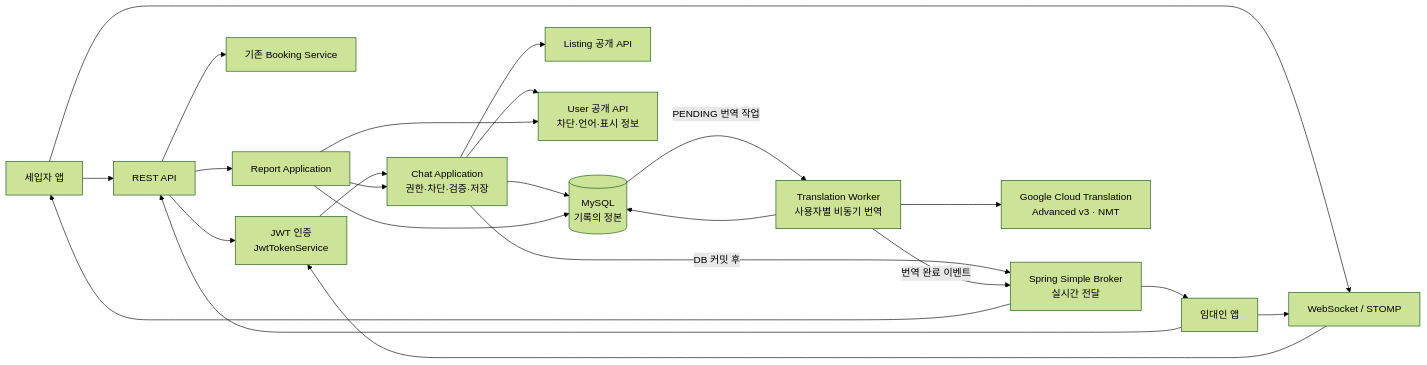
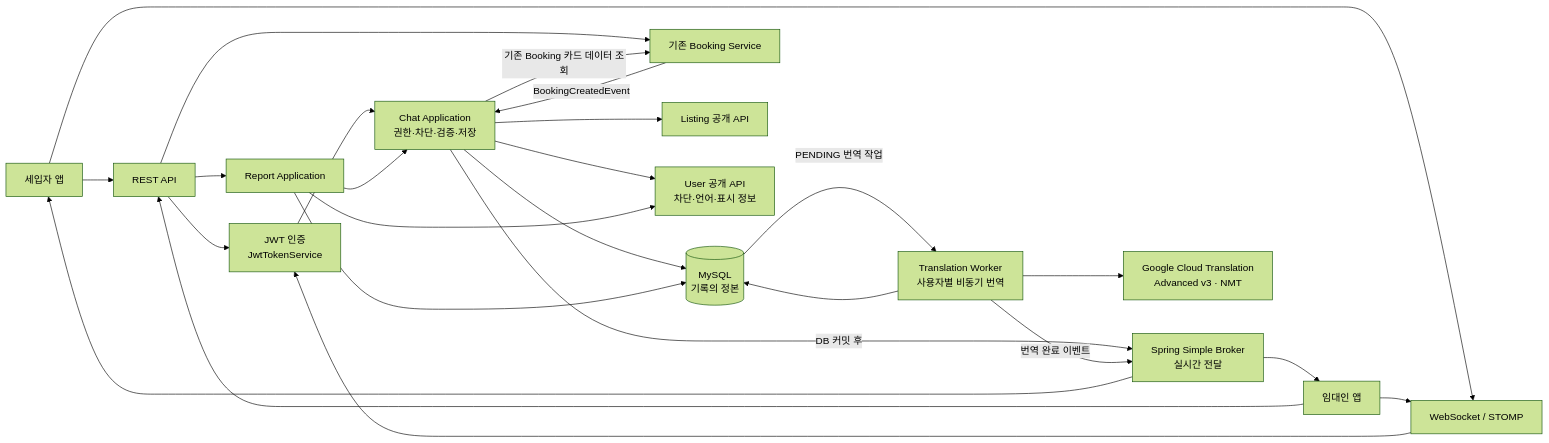
Before and after one commit to jameskim9509/Kohere-backend: the diagram in docs/architecture/chat/01-scope-and-architecture.md, drawn with Mermaid (forest theme). The commit also changed other lines of this file and 57 other files, not shown here.

````diff
--- a/docs/architecture/chat/01-scope-and-architecture.md
+++ b/docs/architecture/chat/01-scope-and-architecture.md
@@ -63,40 +70,42 @@
 ```mermaid
 flowchart LR
     TENANT["세입자 앱"]
     LANDLORD["임대인 앱"]
     REST["REST API"]
     WS["WebSocket / STOMP"]
     AUTH["JWT 인증<br/>JwtTokenService"]
     CHAT["Chat Application<br/>권한·차단·검증·저장"]
     DB[("MySQL<br/>기록의 정본")]
     BROKER["Spring Simple Broker<br/>실시간 전달"]
     BOOKING["기존 Booking Service"]
     LISTING["Listing 공개 API"]
     USER["User 공개 API<br/>차단·언어·표시 정보"]
     TRANSLATION["Translation Worker<br/>사용자별 비동기 번역"]
     GOOGLE["Google Cloud Translation<br/>Advanced v3 · NMT"]
     REPORT["Report Application"]
 
     TENANT --> REST
     LANDLORD --> REST
     TENANT --> WS
     LANDLORD --> WS
     REST --> AUTH
     WS --> AUTH
     AUTH --> CHAT
     CHAT --> LISTING
     CHAT --> USER
     CHAT --> DB
     CHAT -->|"DB 커밋 후"| BROKER
     DB -->|"PENDING 번역 작업"| TRANSLATION
     TRANSLATION --> GOOGLE
     TRANSLATION --> DB
     TRANSLATION -->|"번역 완료 이벤트"| BROKER
     BROKER --> TENANT
     BROKER --> LANDLORD
     REST --> BOOKING
+    BOOKING -->|"BookingCreatedEvent"| CHAT
+    CHAT -->|"기존 Booking 카드 데이터 조회"| BOOKING
     REST --> REPORT
     REPORT --> CHAT
     REPORT --> USER
     REPORT --> DB
 ```
````
